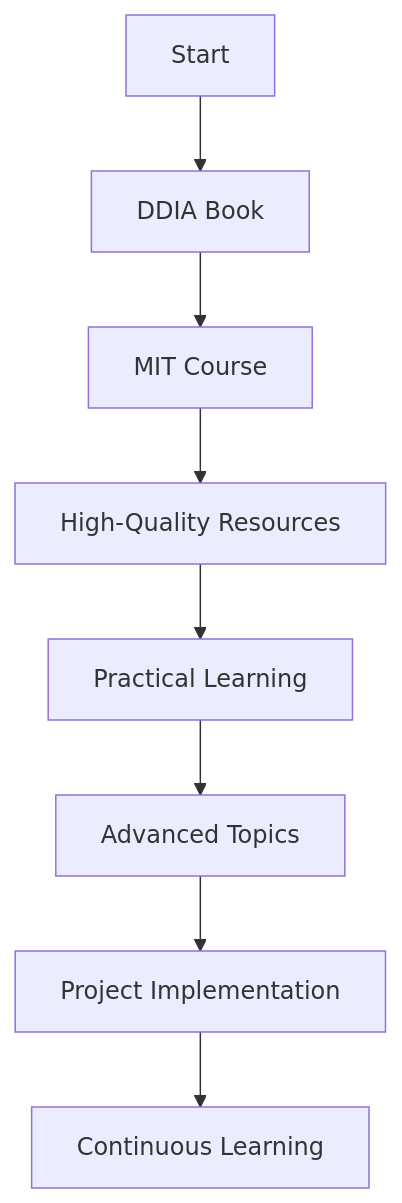
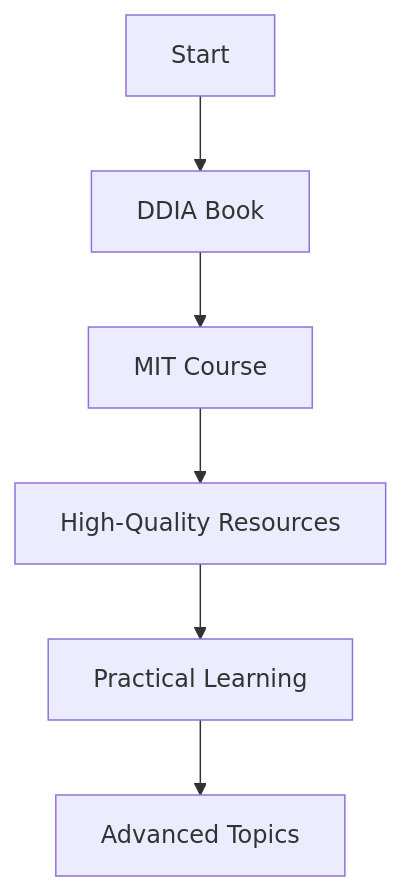
One commit to basilysf1709/distributed-systems changed the diagram in README.md. Above: the diagram before and after it, drawn with Mermaid.

````diff
--- a/README.md
+++ b/README.md
@@ -60,10 +60,8 @@
 ```mermaid
 graph TD
     A[Start] --> B[DDIA Book]
     B --> C[MIT Course]
     C --> D[High-Quality Resources]
     D --> E[Practical Learning]
     E --> F[Advanced Topics]
-    F --> G[Project Implementation]
-    G --> H[Continuous Learning]
 ```
````
